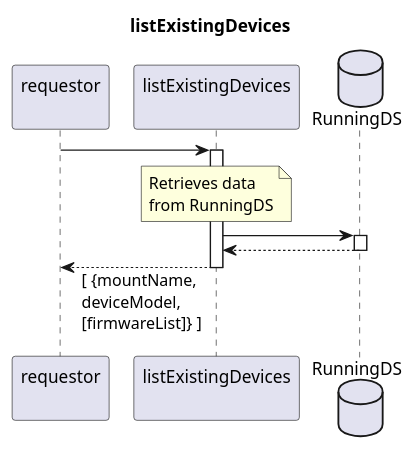
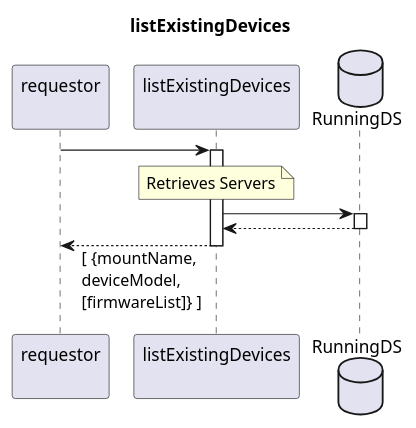
One commit to openBackhaul/FirmWareManager changed the diagram in spec/Services/listExistingDevices/1.0.0/listExistingDevices.plantuml. Above: the diagram before and after it, drawn with PlantUML. The commit also changed 34 other files, not shown here.

```diff
--- a/spec/Services/listExistingDevices/1.0.0/listExistingDevices.plantuml
+++ b/spec/Services/listExistingDevices/1.0.0/listExistingDevices.plantuml
@@ -1,27 +1,26 @@
 @startuml listExistingDevices
 skinparam responseMessageBelowArrow true
 
 title
   listExistingDevices
 end title
 
 participant "requestor\n" as requestor
 participant "listExistingDevices\n" as indServ
 database "RunningDS" as RunDS
 
 requestor -> indServ
 activate indServ
 
   note over indServ
-    Retrieves data
-    from RunningDS
+    Retrieves Servers
   end note
   indServ -> RunDS
   activate RunDS
   indServ <-- RunDS
   deactivate RunDS
 
 requestor <-- indServ: [ {mountName,\ndeviceModel,\n[firmwareList]} ]
 deactivate indServ
 
 @enduml
```
